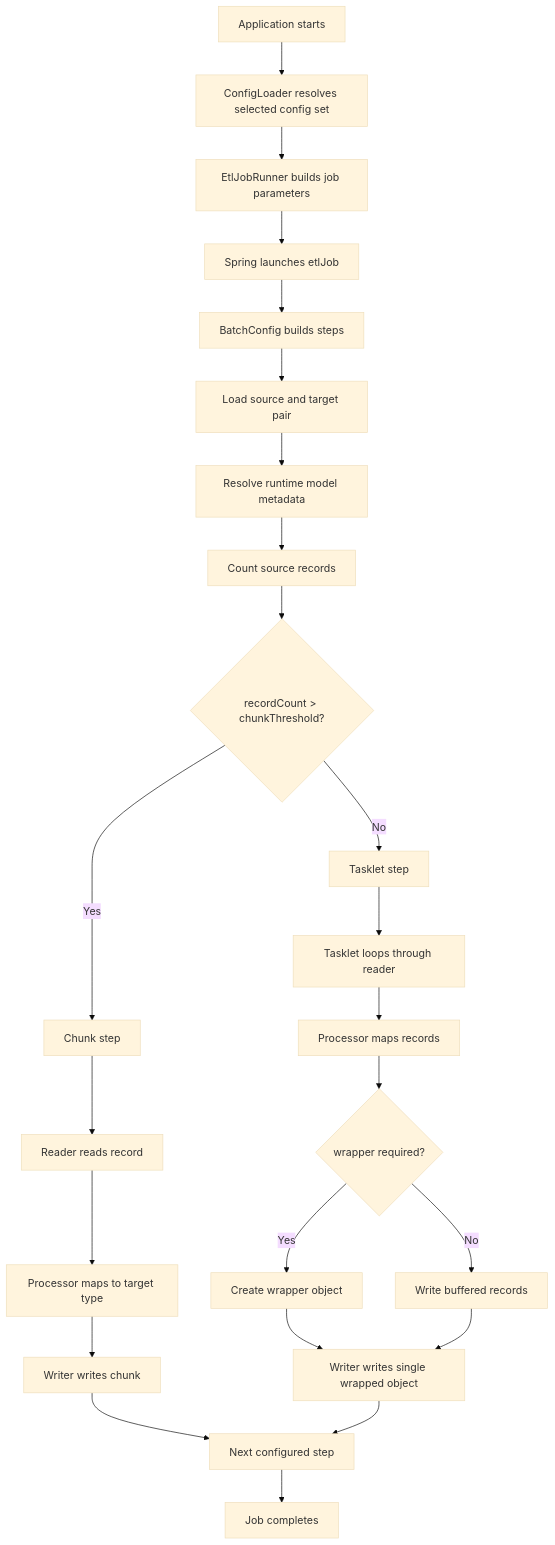
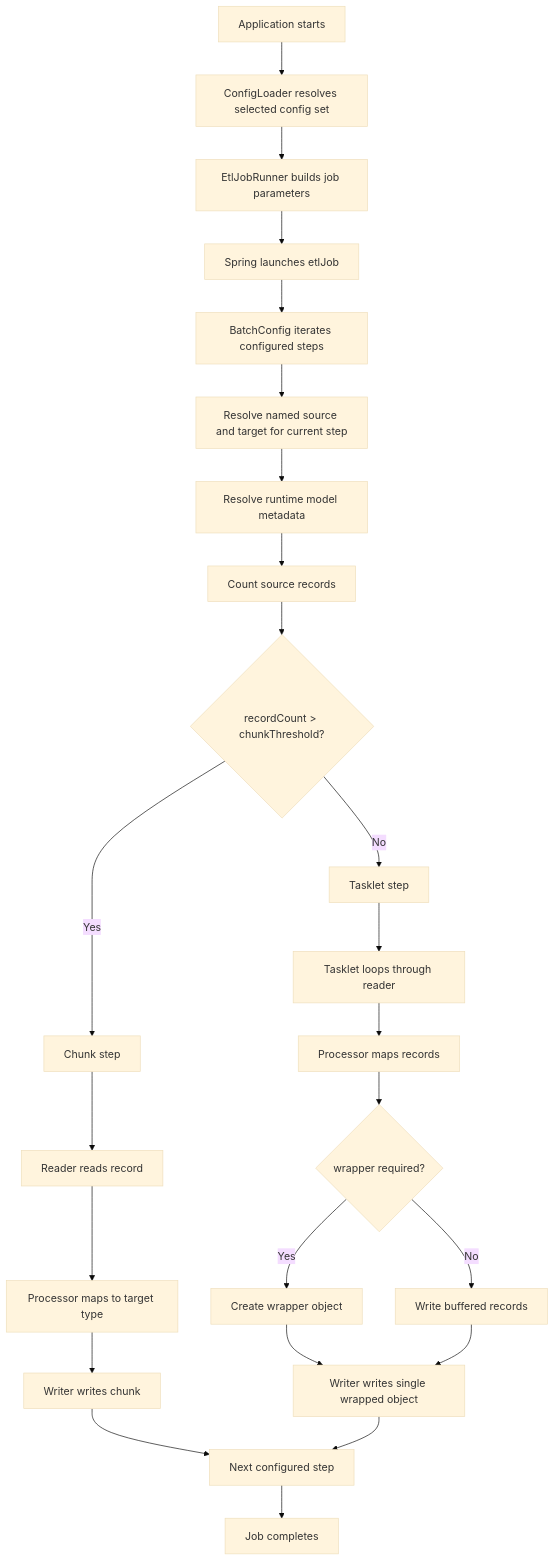
One commit to kbalanandam/spring-etl-engine changed the first of 2 diagrams in docs/architecture/runtime-flow.md. Above: the diagram before and after it, drawn with Mermaid (base theme). The commit also changed other lines of this file and 32 other files, not shown here.

````diff
--- a/docs/architecture/runtime-flow.md
+++ b/docs/architecture/runtime-flow.md
@@ -9,30 +9,30 @@
 ```mermaid
 flowchart TD
     A[Application starts] --> B[ConfigLoader resolves selected config set]
     B --> C[EtlJobRunner builds job parameters]
     C --> D[Spring launches etlJob]
-    D --> E[BatchConfig builds steps]
-    E --> F[Load source and target pair]
+    D --> E[BatchConfig iterates configured steps]
+    E --> F[Resolve named source and target for current step]
     F --> G[Resolve runtime model metadata]
     G --> H[Count source records]
     H --> I{recordCount > chunkThreshold?}
 
     I -- Yes --> J[Chunk step]
     I -- No --> K[Tasklet step]
 
     J --> L[Reader reads record]
     L --> M[Processor maps to target type]
     M --> N[Writer writes chunk]
 
     K --> O[Tasklet loops through reader]
     O --> P[Processor maps records]
     P --> Q{wrapper required?}
     Q -- Yes --> R[Create wrapper object]
     Q -- No --> S[Write buffered records]
     R --> T[Writer writes single wrapped object]
     S --> T
 
     N --> U[Next configured step]
     T --> U
     U --> V[Job completes]
 ```
````
